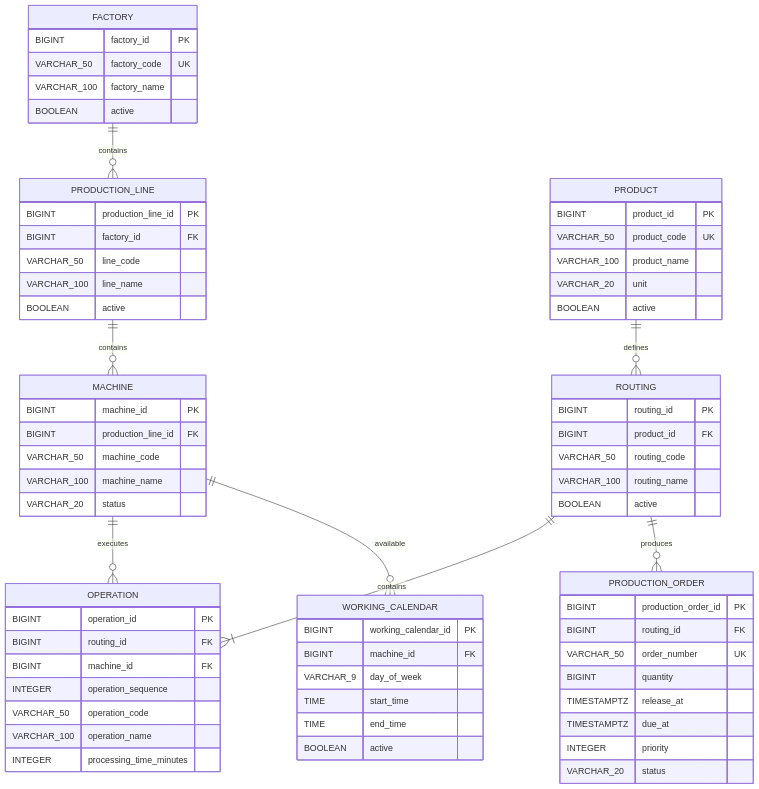
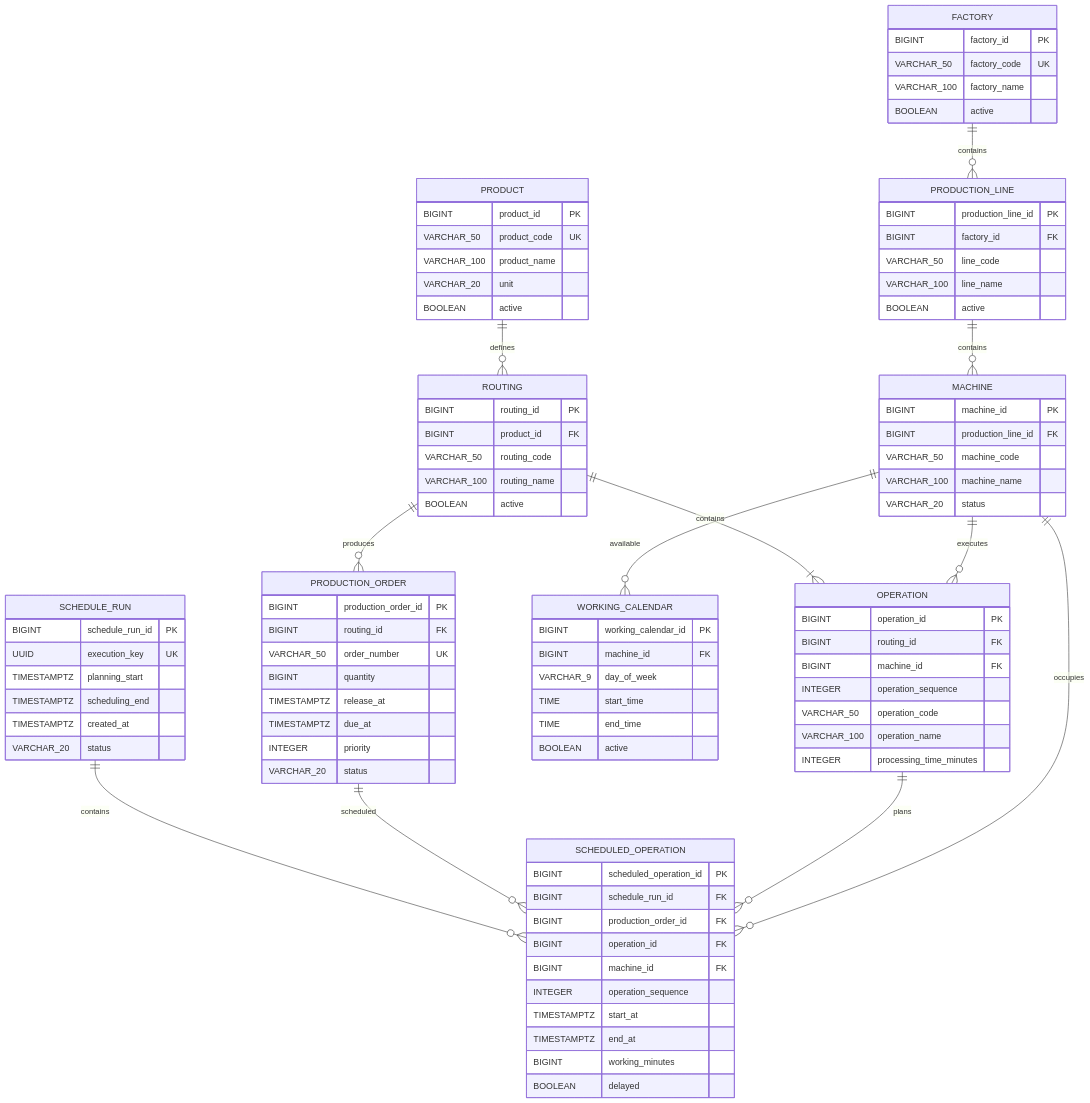
Before and after one commit to Juglee0527/aps-engine: the diagram in docs/03-erd.md, drawn with Mermaid. The commit also changed other lines of this file and 21 other files, not shown here.

````diff
--- a/docs/03-erd.md
+++ b/docs/03-erd.md
@@ -65,6 +65,26 @@
         TIME end_time
         BOOLEAN active
     }
+    SCHEDULE_RUN {
+        BIGINT schedule_run_id PK
+        UUID execution_key UK
+        TIMESTAMPTZ planning_start
+        TIMESTAMPTZ scheduling_end
+        TIMESTAMPTZ created_at
+        VARCHAR_20 status
+    }
+    SCHEDULED_OPERATION {
+        BIGINT scheduled_operation_id PK
+        BIGINT schedule_run_id FK
+        BIGINT production_order_id FK
+        BIGINT operation_id FK
+        BIGINT machine_id FK
+        INTEGER operation_sequence
+        TIMESTAMPTZ start_at
+        TIMESTAMPTZ end_at
+        BIGINT working_minutes
+        BOOLEAN delayed
+    }
     FACTORY ||--o{ PRODUCTION_LINE : contains
     PRODUCTION_LINE ||--o{ MACHINE : contains
     PRODUCT ||--o{ ROUTING : defines
@@ -72,4 +92,8 @@
     MACHINE ||--o{ OPERATION : executes
     ROUTING ||--o{ PRODUCTION_ORDER : produces
     MACHINE ||--o{ WORKING_CALENDAR : available
+    SCHEDULE_RUN ||--o{ SCHEDULED_OPERATION : contains
+    PRODUCTION_ORDER ||--o{ SCHEDULED_OPERATION : scheduled
+    OPERATION ||--o{ SCHEDULED_OPERATION : plans
+    MACHINE ||--o{ SCHEDULED_OPERATION : occupies
 ```
````
